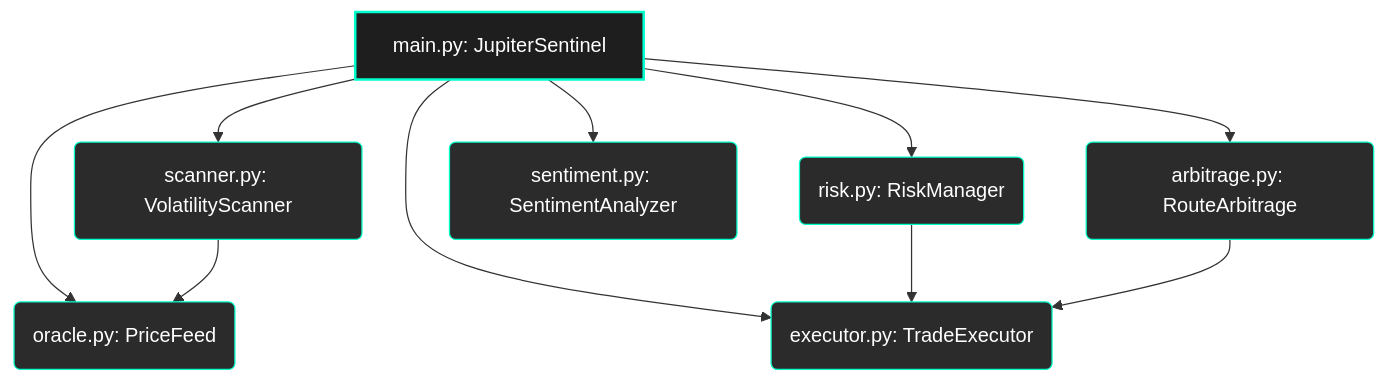
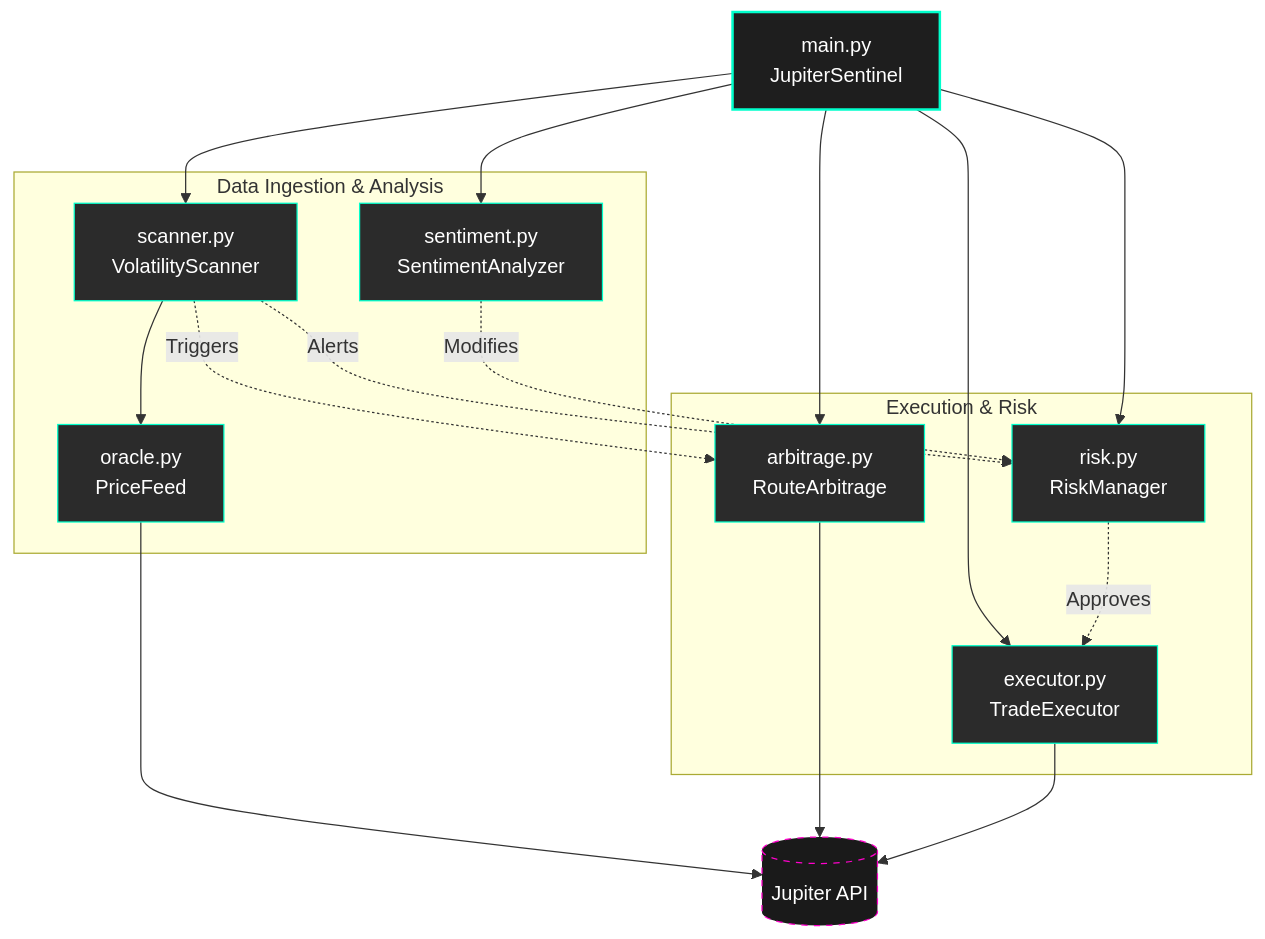
The first of 4 diagrams in ARCHITECTURE.md (darksanctum/jupiter-sentinel), drawn with Mermaid before and after one commit. The commit also changed other lines of this file, not shown here.

````diff
--- a/ARCHITECTURE.md
+++ b/ARCHITECTURE.md
@@ -13,21 +13,38 @@
 ```mermaid
 graph TD
-    A[main.py: JupiterSentinel] --> B(oracle.py: PriceFeed)
-    A --> C(scanner.py: VolatilityScanner)
-    A --> D(executor.py: TradeExecutor)
-    A --> E(risk.py: RiskManager)
-    A --> F(arbitrage.py: RouteArbitrage)
-    A --> G(sentiment.py: SentimentAnalyzer)
+    classDef core fill:#1e1e1e,stroke:#00ffcc,stroke-width:2px,color:#fff
+    classDef module fill:#2b2b2b,stroke:#00ffcc,stroke-width:1px,color:#fff
+    classDef external fill:#1a1a1a,stroke:#ff00cc,stroke-width:1px,color:#fff,stroke-dasharray: 5 5
 
-    C --> B
-    E --> D
-    F --> D
+    Main[main.py<br/>JupiterSentinel]:::core
+
+    subgraph Data Ingestion & Analysis
+        Scanner[scanner.py<br/>VolatilityScanner]:::module
+        Oracle[oracle.py<br/>PriceFeed]:::module
+        Sentiment[sentiment.py<br/>SentimentAnalyzer]:::module
+    end
+
+    subgraph Execution & Risk
+        Executor[executor.py<br/>TradeExecutor]:::module
+        Risk[risk.py<br/>RiskManager]:::module
+        Arbitrage[arbitrage.py<br/>RouteArbitrage]:::module
+    end
     
-    style A fill:#1e1e1e,stroke:#00ffcc,stroke-width:2px,color:#fff
-    style B fill:#2b2b2b,stroke:#00ffcc,stroke-width:1px,color:#fff
-    style C fill:#2b2b2b,stroke:#00ffcc,stroke-width:1px,color:#fff
-    style D fill:#2b2b2b,stroke:#00ffcc,stroke-width:1px,color:#fff
-    style E fill:#2b2b2b,stroke:#00ffcc,stroke-width:1px,color:#fff
-    style F fill:#2b2b2b,stroke:#00ffcc,stroke-width:1px,color:#fff
-    style G fill:#2b2b2b,stroke:#00ffcc,stroke-width:1px,color:#fff
+    JupiterAPI[(Jupiter API)]:::external
+
+    Main --> Scanner
+    Main --> Executor
+    Main --> Risk
+    Main --> Arbitrage
+    Main --> Sentiment
+
+    Scanner --> Oracle
+    Oracle --> JupiterAPI
+    Arbitrage --> JupiterAPI
+    Executor --> JupiterAPI
+
+    Scanner -.->|Alerts| Risk
+    Scanner -.->|Triggers| Arbitrage
+    Risk -.->|Approves| Executor
+    Sentiment -.->|Modifies| Risk
 ```
````
